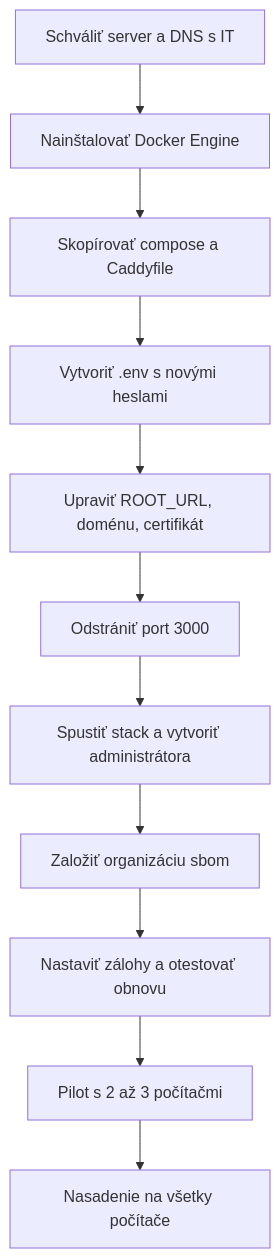
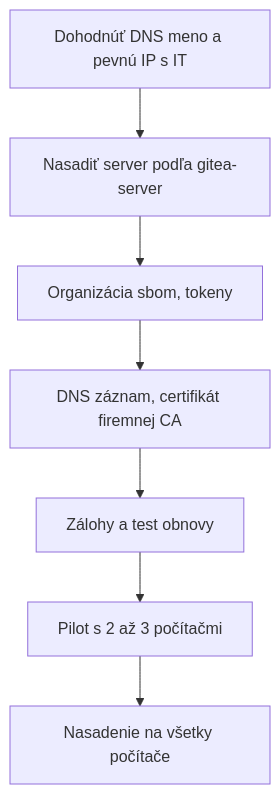
The second of 2 diagrams in docs/04-produkcia.md (xsugra/tia-sbom-utility), drawn with Mermaid before and after one commit. The commit also changed other lines of this file and 7 other files, not shown here.

First line of the commit message:
Point the docs to the gitea-server repository and record V18

````diff
--- a/docs/04-produkcia.md
+++ b/docs/04-produkcia.md
@@ -65,13 +62,9 @@
 ```mermaid
 flowchart TD
-    A["Schváliť server a DNS s IT"] --> B["Nainštalovať Docker Engine"]
-    B --> C["Skopírovať compose a Caddyfile"]
-    C --> D["Vytvoriť .env s novými heslami"]
-    D --> E["Upraviť ROOT_URL, doménu, certifikát"]
-    E --> F["Odstrániť port 3000"]
-    F --> G["Spustiť stack a vytvoriť administrátora"]
-    G --> H["Založiť organizáciu sbom"]
-    H --> I["Nastaviť zálohy a otestovať obnovu"]
-    I --> J["Pilot s 2 až 3 počítačmi"]
-    J --> K["Nasadenie na všetky počítače"]
+    A["Dohodnúť DNS meno a pevnú IP s IT"] --> B["Nasadiť server podľa gitea-server"]
+    B --> C["Organizácia sbom, tokeny"]
+    C --> D["DNS záznam, certifikát firemnej CA"]
+    D --> E["Zálohy a test obnovy"]
+    E --> F["Pilot s 2 až 3 počítačmi"]
+    F --> G["Nasadenie na všetky počítače"]
 ```
````
